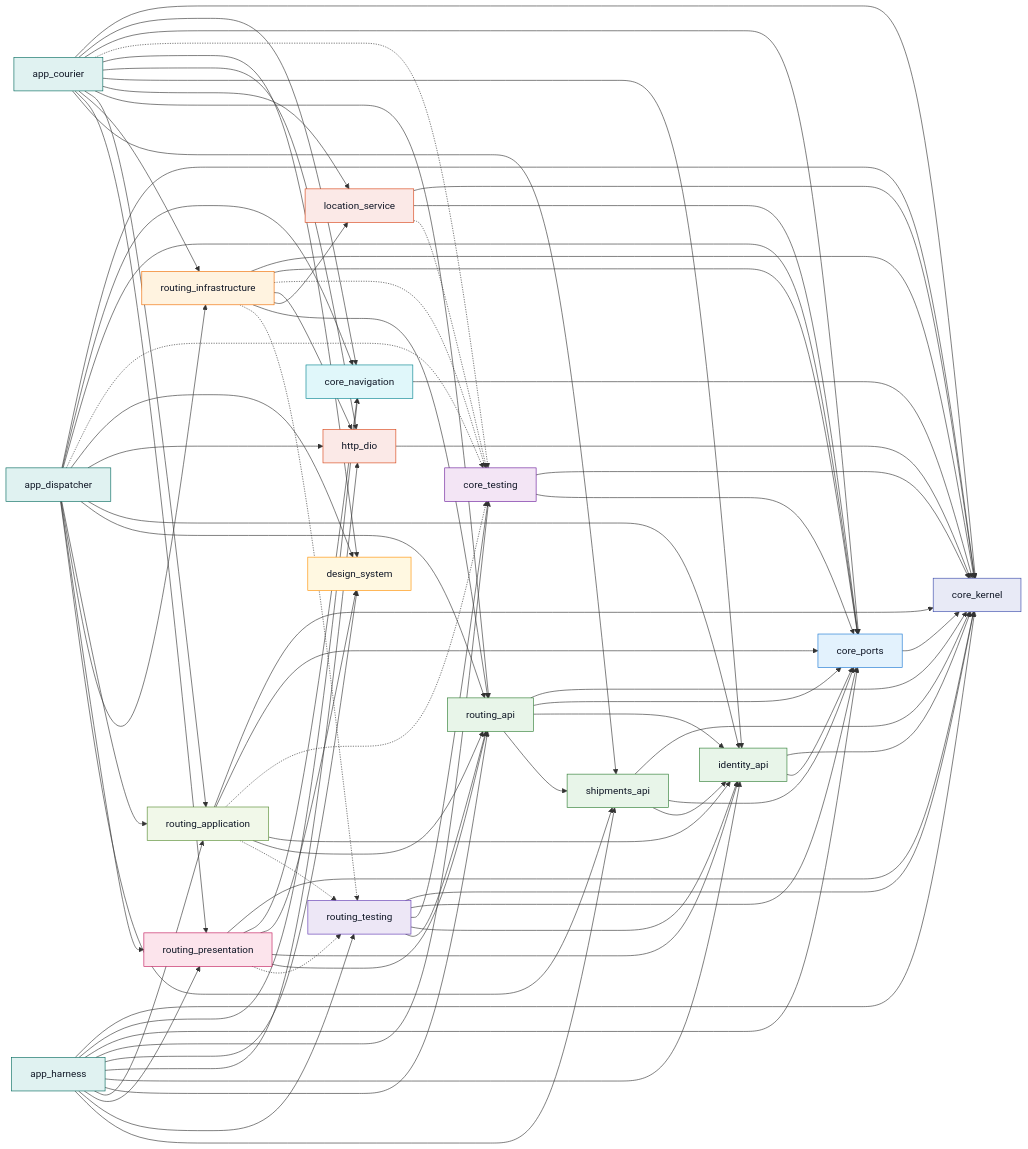
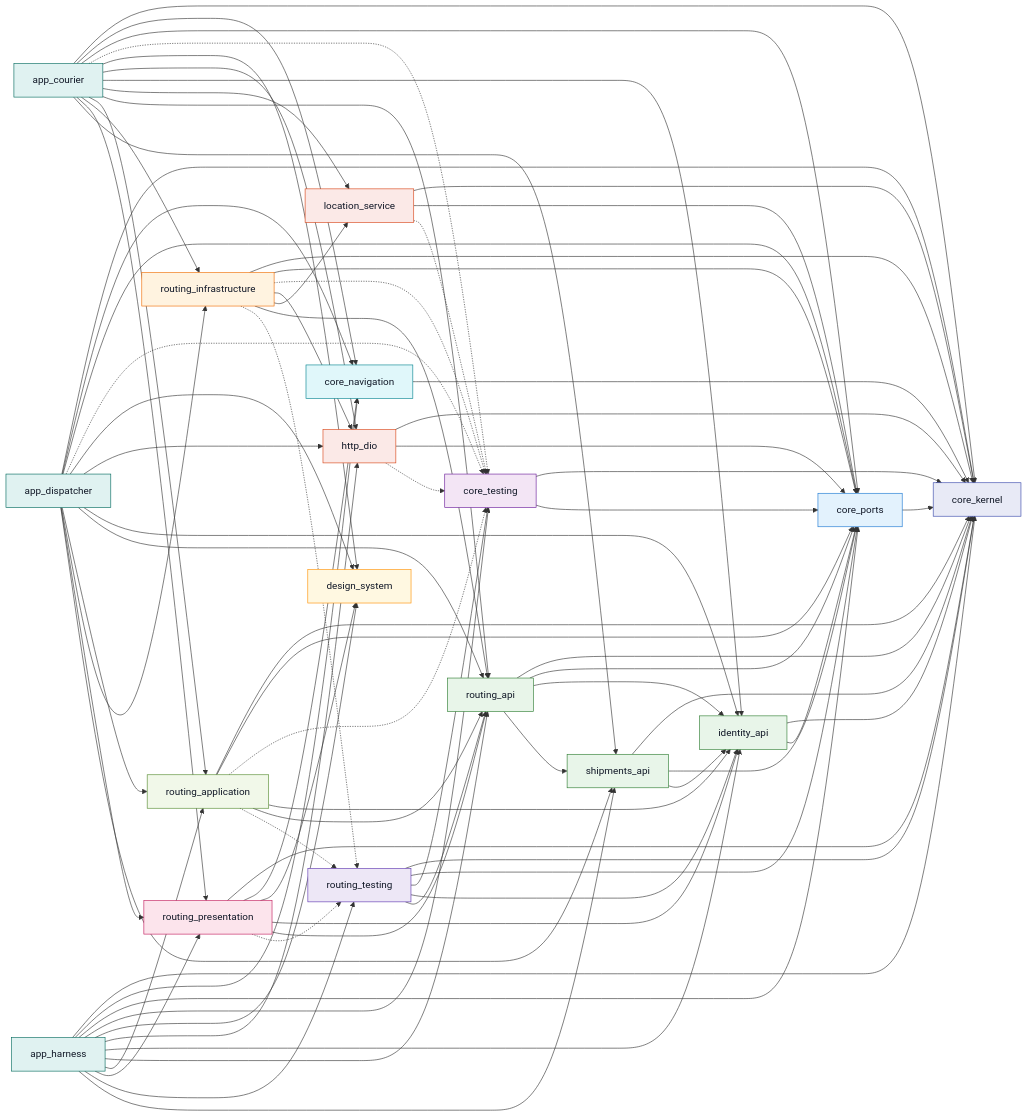
The third of 4 diagrams in docs/dependency-graph.md (yunusemrealpak/flutter-hexagonal-monorepo), drawn with Mermaid before and after one commit. The commit also changed other lines of this file and 15 other files, not shown here.

```diff
--- a/docs/dependency-graph.md
+++ b/docs/dependency-graph.md
@@ -277,6 +277,8 @@
   core_testing --> core_kernel
   core_testing --> core_ports
   http_dio --> core_kernel
+  http_dio --> core_ports
+  http_dio -.-> core_testing
   identity_api --> core_kernel
   identity_api --> core_ports
   location_service --> core_kernel
```
